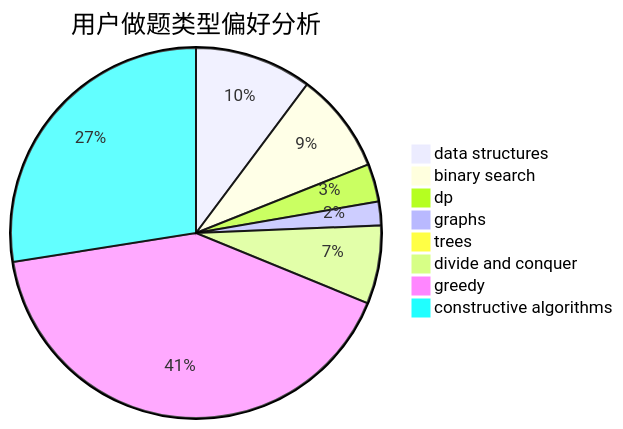
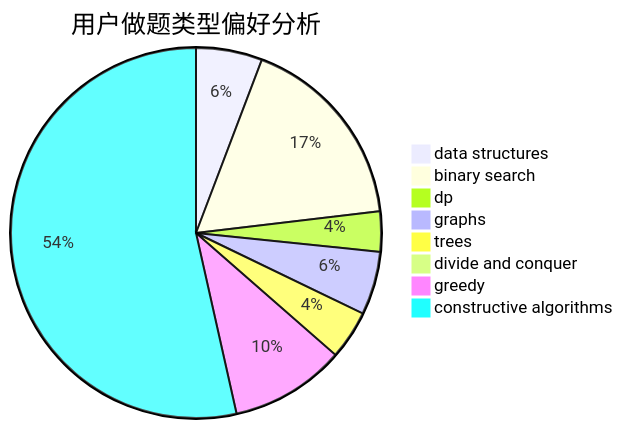
The second of 3 diagrams in docs/user/u1791.md (sherpahu/cfrs.github.io), drawn with Mermaid before and after one commit. The commit also changed other lines of this file and 2770 other files, not shown here.

````diff
--- a/docs/user/u1791.md
+++ b/docs/user/u1791.md
@@ -23,11 +23,11 @@
 ```mermaid
 pie title 用户做题类型偏好分析
-    "data structures" :  133
-    "binary search" :  114
-    "dp" :  43
-    "graphs" :  27
-    "trees" :  5
-    "divide and conquer" :  89
-    "greedy" :  538
-    "constructive algorithms" :  358
+    "data structures" :  23
+    "binary search" :  69
+    "dp" :  14
+    "graphs" :  22
+    "trees" :  17
+    "divide and conquer" :  0
+    "greedy" :  40
+    "constructive algorithms" :  213
 ```
````
